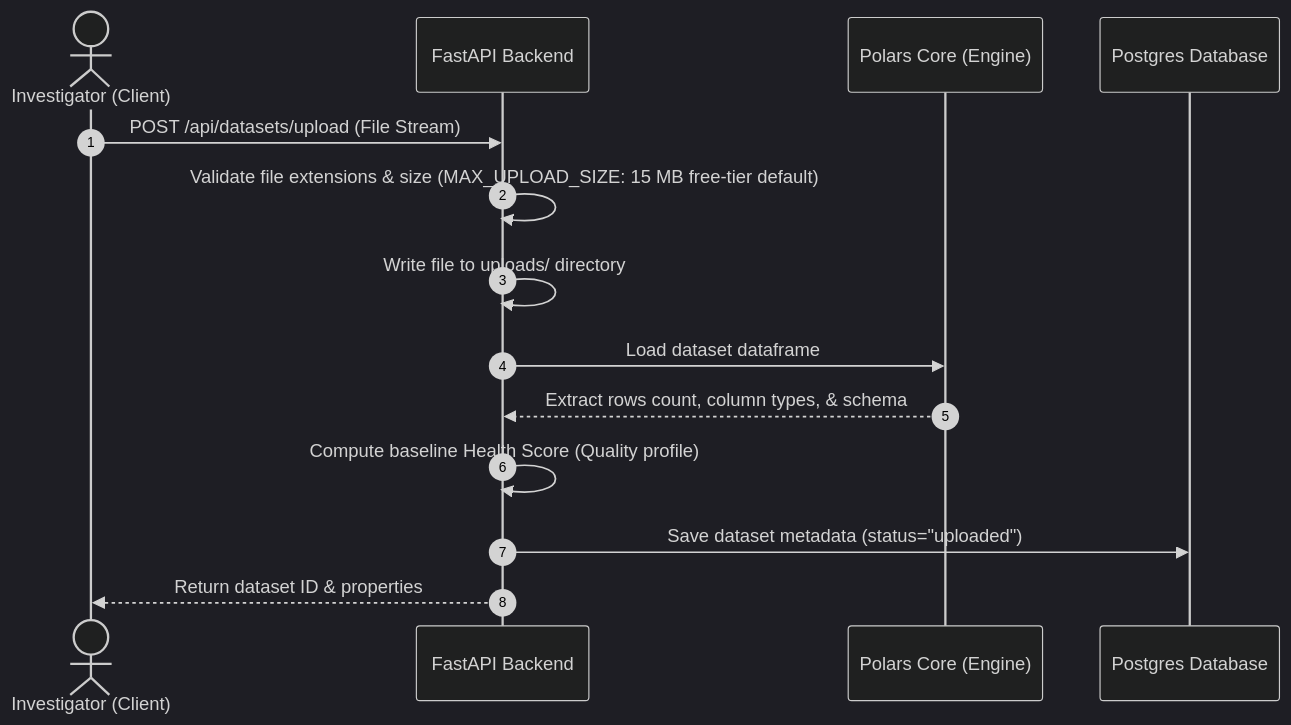
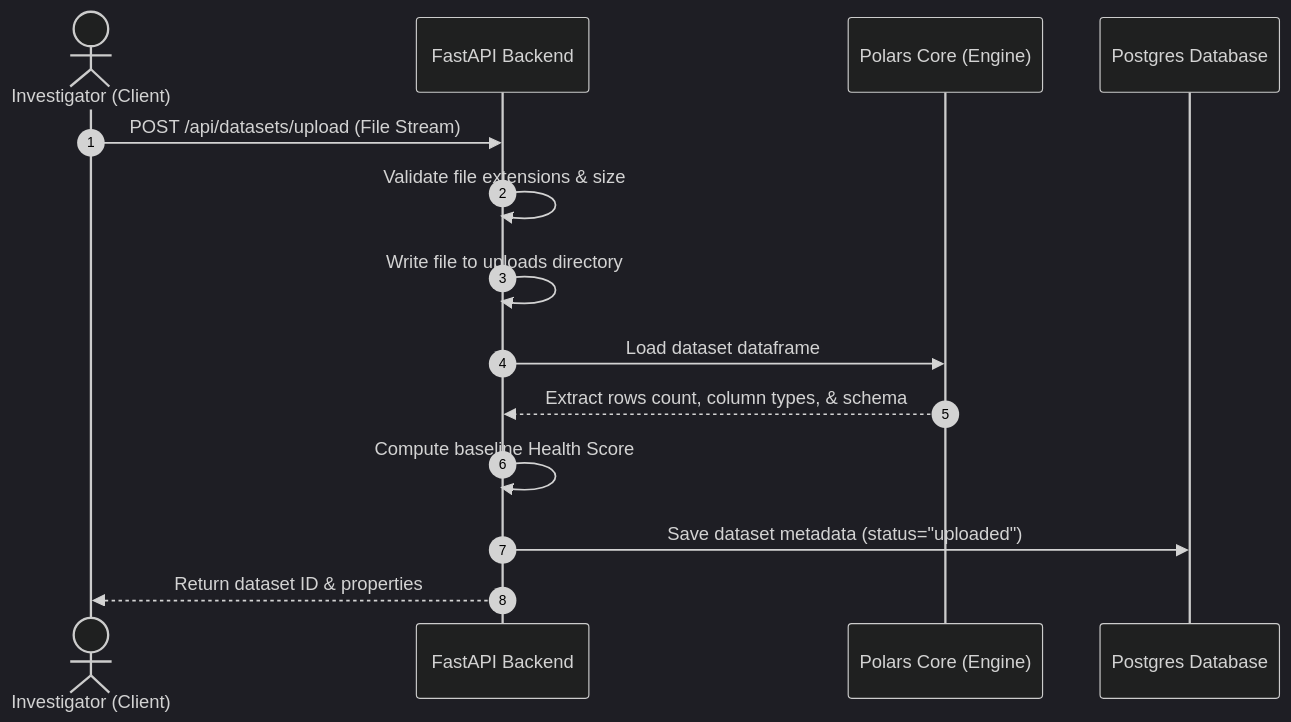
One commit to mannaxsara/detective-ai changed the second of 5 diagrams in docs/ARCHITECTURE.md. Above: the diagram before and after it, drawn with Mermaid (dark theme). The commit also changed other lines of this file, not shown here.

Commit message:
fix(docs): resolve Mermaid syntax parse errors in ARCHITECTURE.md by quoting node labels

````diff
--- a/docs/ARCHITECTURE.md
+++ b/docs/ARCHITECTURE.md
@@ -22,17 +22,17 @@
 ```mermaid
 sequenceDiagram
     autonumber
     actor User as Investigator (Client)
     participant API as FastAPI Backend
     participant Polars as Polars Core (Engine)
     participant DB as Postgres Database
     
     User->>API: POST /api/datasets/upload (File Stream)
-    API->>API: Validate file extensions & size (MAX_UPLOAD_SIZE: 15 MB free-tier default)
-    API->>API: Write file to uploads/ directory
+    API->>API: Validate file extensions & size
+    API->>API: Write file to uploads directory
     API->>Polars: Load dataset dataframe
     Polars-->>API: Extract rows count, column types, & schema
-    API->>API: Compute baseline Health Score (Quality profile)
+    API->>API: Compute baseline Health Score
     API->>DB: Save dataset metadata (status="uploaded")
     API-->>User: Return dataset ID & properties
 ```
````
